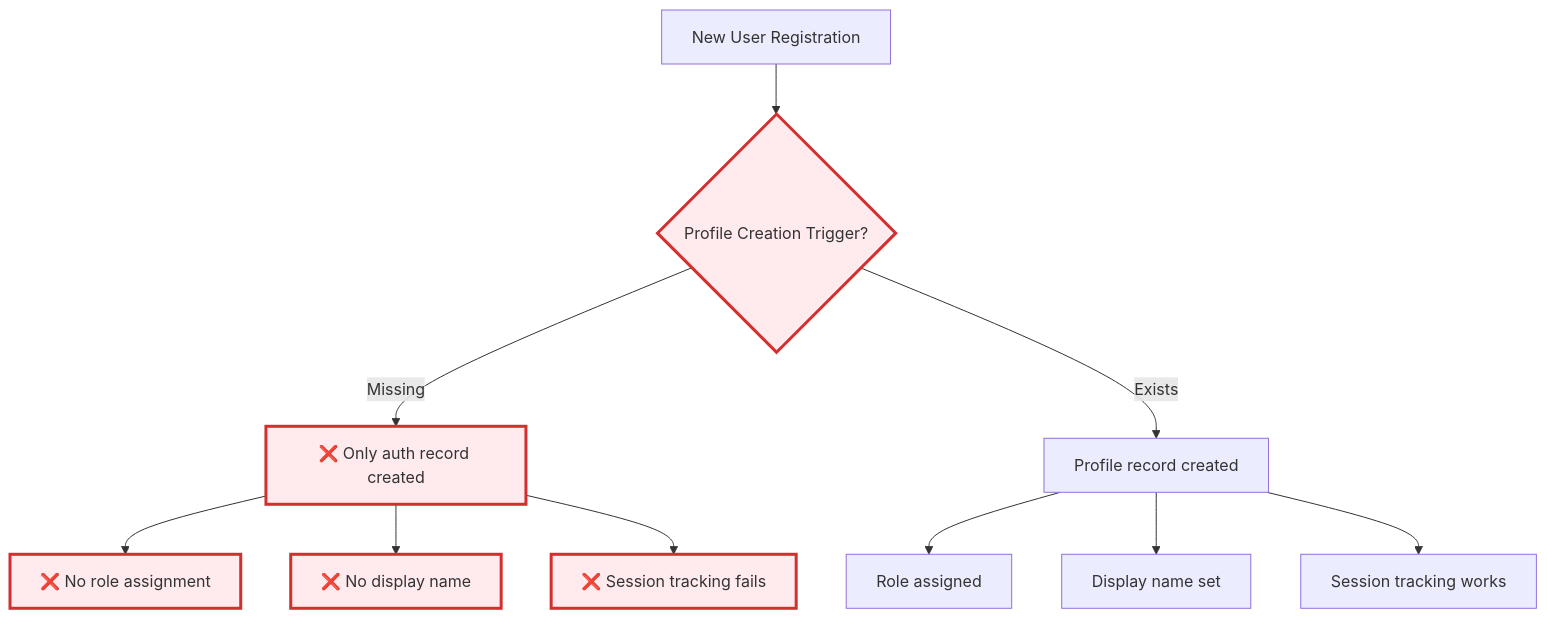
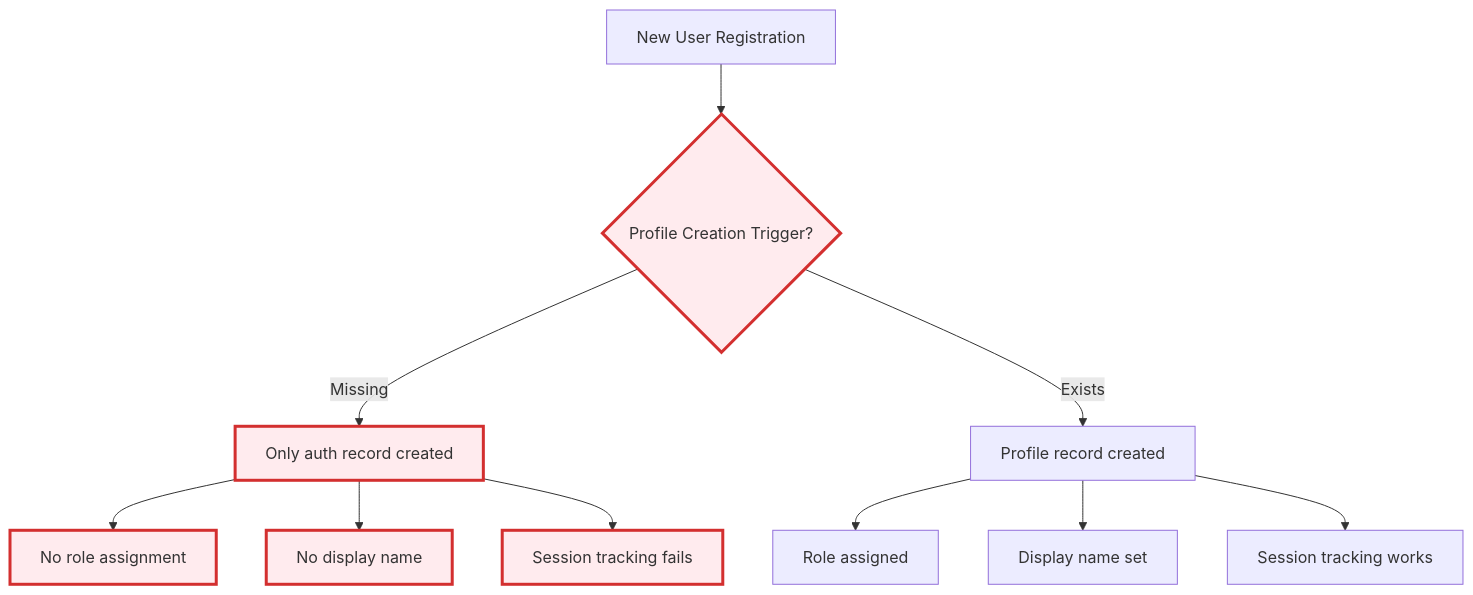
The sixth of 7 diagrams in Docs/Flowcharts/Current-State/04-current-session-management.md (Splurfa/bx-os), drawn with Mermaid before and after one commit. The commit also changed other lines of this file and 12 other files, not shown here.

First line of the commit message:
Fix flowchart syntax and numbering

````diff
--- a/Docs/Flowcharts/Current-State/04-current-session-management.md
+++ b/Docs/Flowcharts/Current-State/04-current-session-management.md
@@ -124,20 +124,20 @@
 ```mermaid
 flowchart TD
     A[New User Registration] --> B{Profile Creation Trigger?}
-    B -->|Missing| C[❌ Only auth record created]
+    B -->|Missing| C[Only auth record created]
     B -->|Exists| D[Profile record created]
     
-    C --> E[❌ No role assignment]
-    C --> F[❌ No display name]
-    C --> G[❌ Session tracking fails]
+    C --> E[No role assignment]
+    C --> F[No display name]
+    C --> G[Session tracking fails]
     
     D --> H[Role assigned]
     D --> I[Display name set]
     D --> J[Session tracking works]
     
     style B fill:#ffebee,stroke:#d32f2f,stroke-width:3px
     style C fill:#ffebee,stroke:#d32f2f,stroke-width:3px
     style E fill:#ffebee,stroke:#d32f2f,stroke-width:3px
     style F fill:#ffebee,stroke:#d32f2f,stroke-width:3px
     style G fill:#ffebee,stroke:#d32f2f,stroke-width:3px
 ```
````
